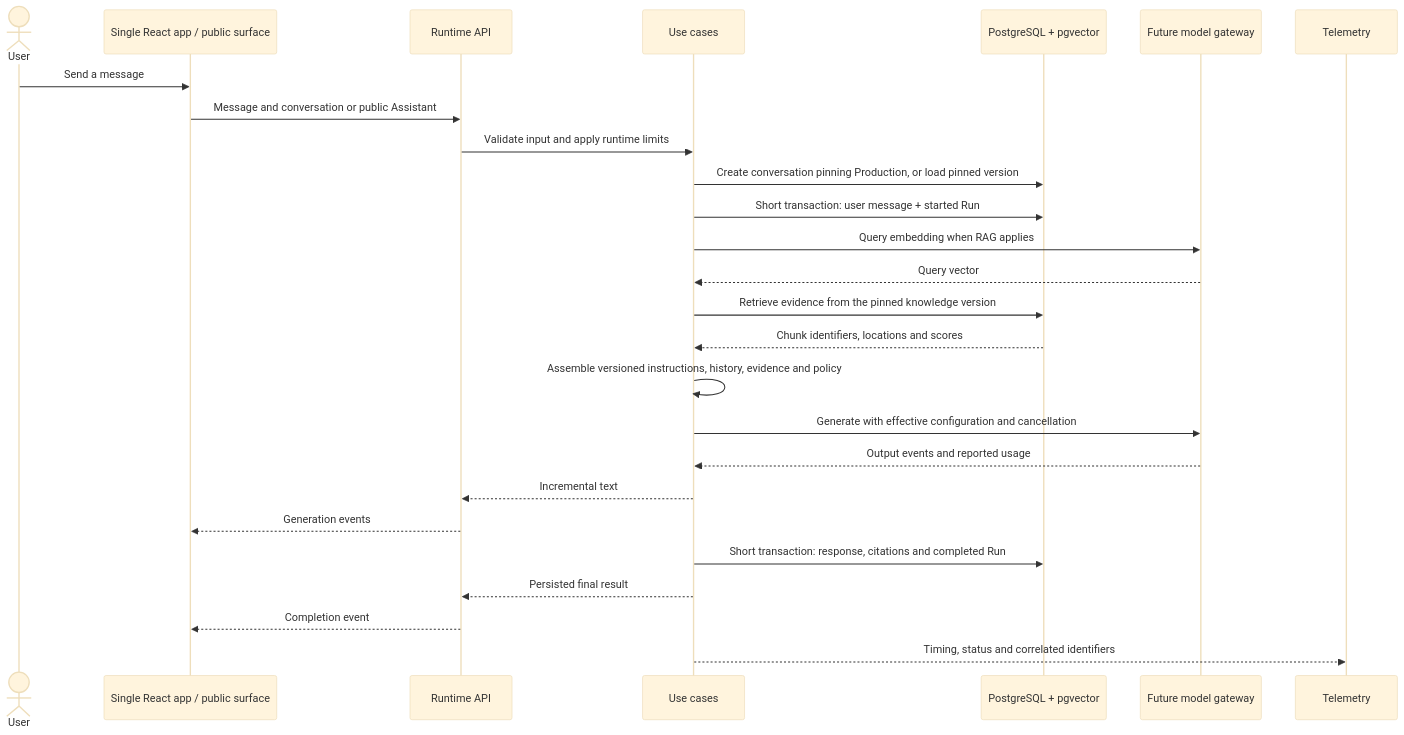
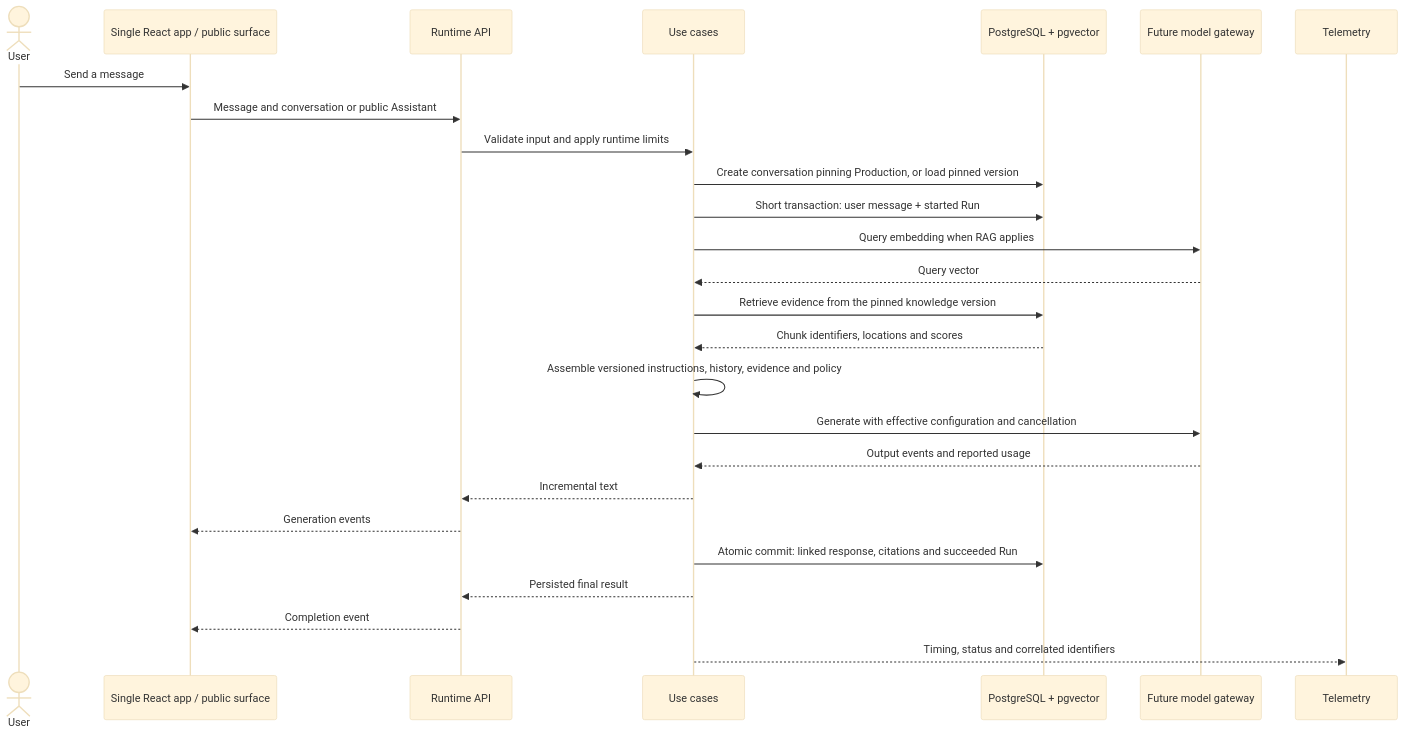
One commit to FelipeGarcia911/deepseek-chat changed the third of 3 diagrams in docs/architecture.md. Above: the diagram before and after it, drawn with Mermaid (base theme). The commit also changed other lines of this file and 4 other files, not shown here.

````diff
--- a/docs/architecture.md
+++ b/docs/architecture.md
@@ -163,28 +163,28 @@
 ```mermaid
 sequenceDiagram
     actor User as User
     participant Web as Single React app / public surface
     participant API as Runtime API
     participant Core as Use cases
     participant DB as PostgreSQL + pgvector
     participant Models as Future model gateway
     participant OTel as Telemetry
     User->>Web: Send a message
     Web->>API: Message and conversation or public Assistant
     API->>Core: Validate input and apply runtime limits
     Core->>DB: Create conversation pinning Production, or load pinned version
     Core->>DB: Short transaction: user message + started Run
     Core->>Models: Query embedding when RAG applies
     Models-->>Core: Query vector
     Core->>DB: Retrieve evidence from the pinned knowledge version
     DB-->>Core: Chunk identifiers, locations and scores
     Core->>Core: Assemble versioned instructions, history, evidence and policy
     Core->>Models: Generate with effective configuration and cancellation
     Models-->>Core: Output events and reported usage
     Core-->>API: Incremental text
     API-->>Web: Generation events
-    Core->>DB: Short transaction: response, citations and completed Run
+    Core->>DB: Atomic commit: linked response, citations and succeeded Run
     Core-->>API: Persisted final result
     API-->>Web: Completion event
     Core-->>OTel: Timing, status and correlated identifiers
 ```
````
